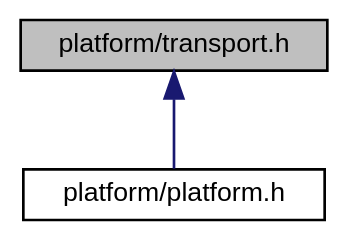
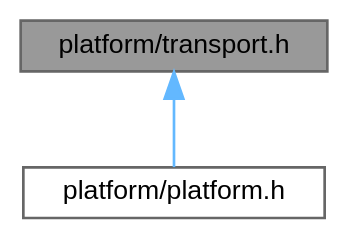
One commit to ebs-universe/piolib-platform changed the diagram in transport_8h__dep__incl.dot. Above: the diagram before and after it, drawn with Graphviz. The commit also changed 216 other files, not shown here.

```diff
--- a/transport_8h__dep__incl.dot
+++ b/transport_8h__dep__incl.dot
@@ -1,11 +1,11 @@
 digraph "platform/transport.h"
 {
  // INTERACTIVE_SVG=YES
  // LATEX_PDF_SIZE
   bgcolor="transparent";
-  edge [fontname="Helvetica",fontsize="10",labelfontname="Helvetica",labelfontsize="10"];
-  node [fontname="Helvetica",fontsize="10",shape=record];
-  Node1 [label="platform/transport.h",height=0.2,width=0.4,color="black", fillcolor="grey75", style="filled", fontcolor="black",tooltip="Definitions for EBS transports."];
-  Node1 -> Node2 [dir="back",color="midnightblue",fontsize="10",style="solid",fontname="Helvetica"];
-  Node2 [label="platform/platform.h",height=0.2,width=0.4,color="black",URL="$platform_8h_source.html",tooltip=" "];
+  edge [fontname=Helvetica,fontsize=10,labelfontname=Helvetica,labelfontsize=10];
+  node [fontname=Helvetica,fontsize=10,shape=box,height=0.2,width=0.4];
+  Node1 [id="Node000001",label="platform/transport.h",height=0.2,width=0.4,color="gray40", fillcolor="grey60", style="filled", fontcolor="black",tooltip="Definitions for EBS transports."];
+  Node1 -> Node2 [id="edge1_Node000001_Node000002",dir="back",color="steelblue1",style="solid",tooltip=" "];
+  Node2 [id="Node000002",label="platform/platform.h",height=0.2,width=0.4,color="grey40", fillcolor="white", style="filled",URL="$platform_8h.html",tooltip=" "];
 }
```
